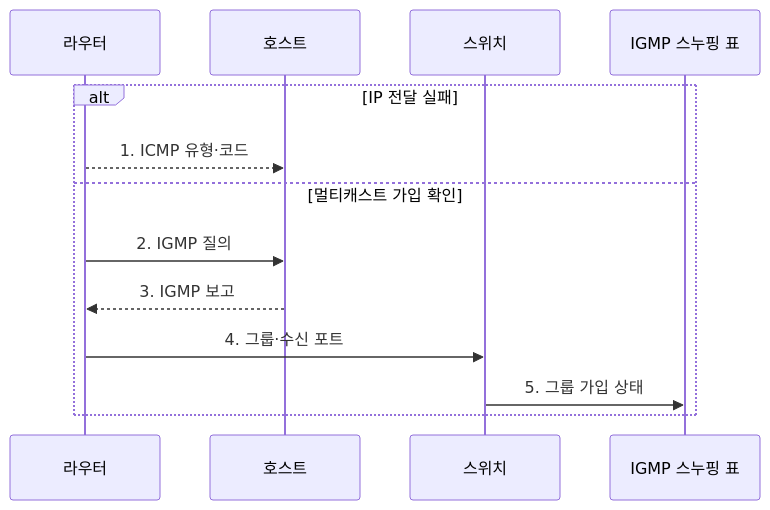
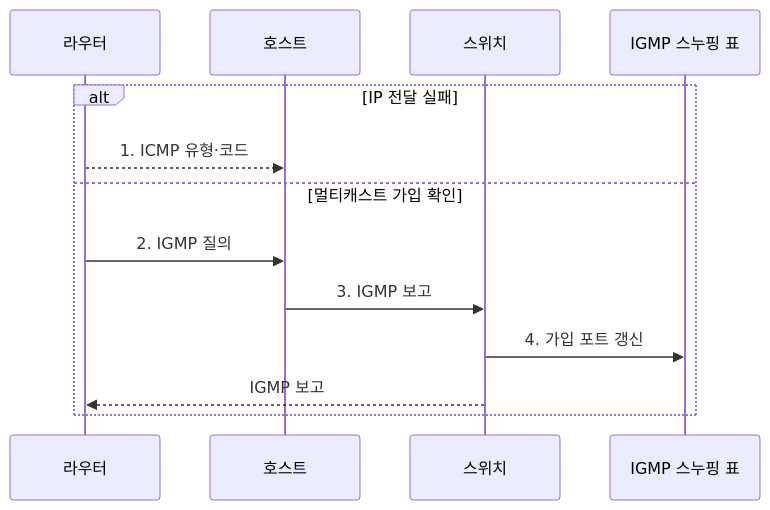
Before and after one commit to agnusdei1207/knowledge-base: the second of 2 diagrams in src/content/docs/notes/04-network/014_icmp_igmp.md, drawn with Mermaid. The commit also changed other lines of this file and 18 other files, not shown here.

````diff
--- a/src/content/docs/notes/04-network/014_icmp_igmp.md
+++ b/src/content/docs/notes/04-network/014_icmp_igmp.md
@@ -86,15 +86,15 @@
 ```mermaid
 sequenceDiagram
     participant R as 라우터
     participant H as 호스트
     participant S as 스위치
     participant T as IGMP 스누핑 표
     alt IP 전달 실패
         R-->>H: 1. ICMP 유형·코드
     else 멀티캐스트 가입 확인
         R->>H: 2. IGMP 질의
-        H-->>R: 3. IGMP 보고
-        R->>S: 4. 그룹·수신 포트
-        S->>T: 5. 그룹 가입 상태
+        H->>S: 3. IGMP 보고
+        S->>T: 4. 가입 포트 갱신
+        S-->>R: IGMP 보고
     end
 ```
````
